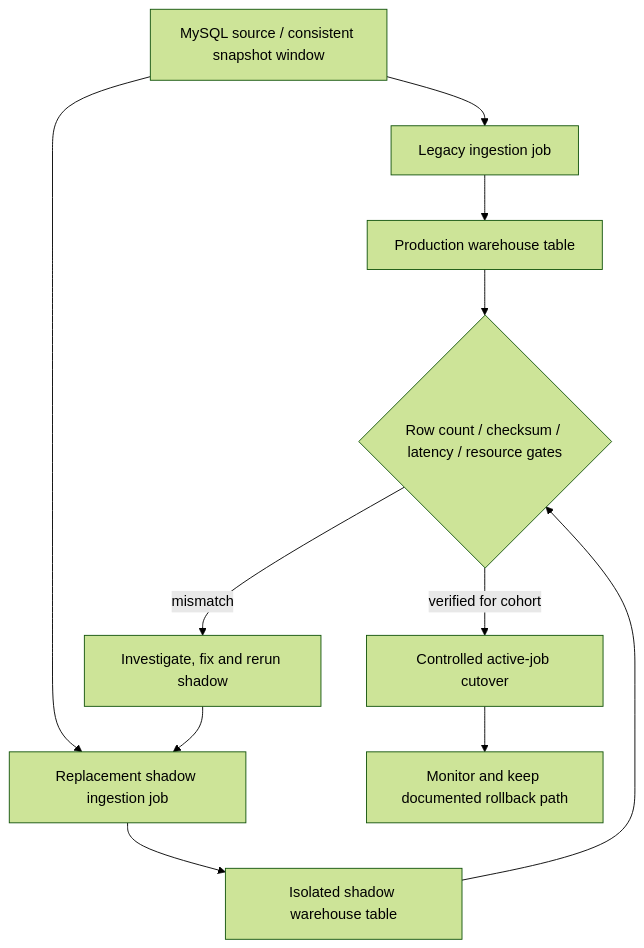
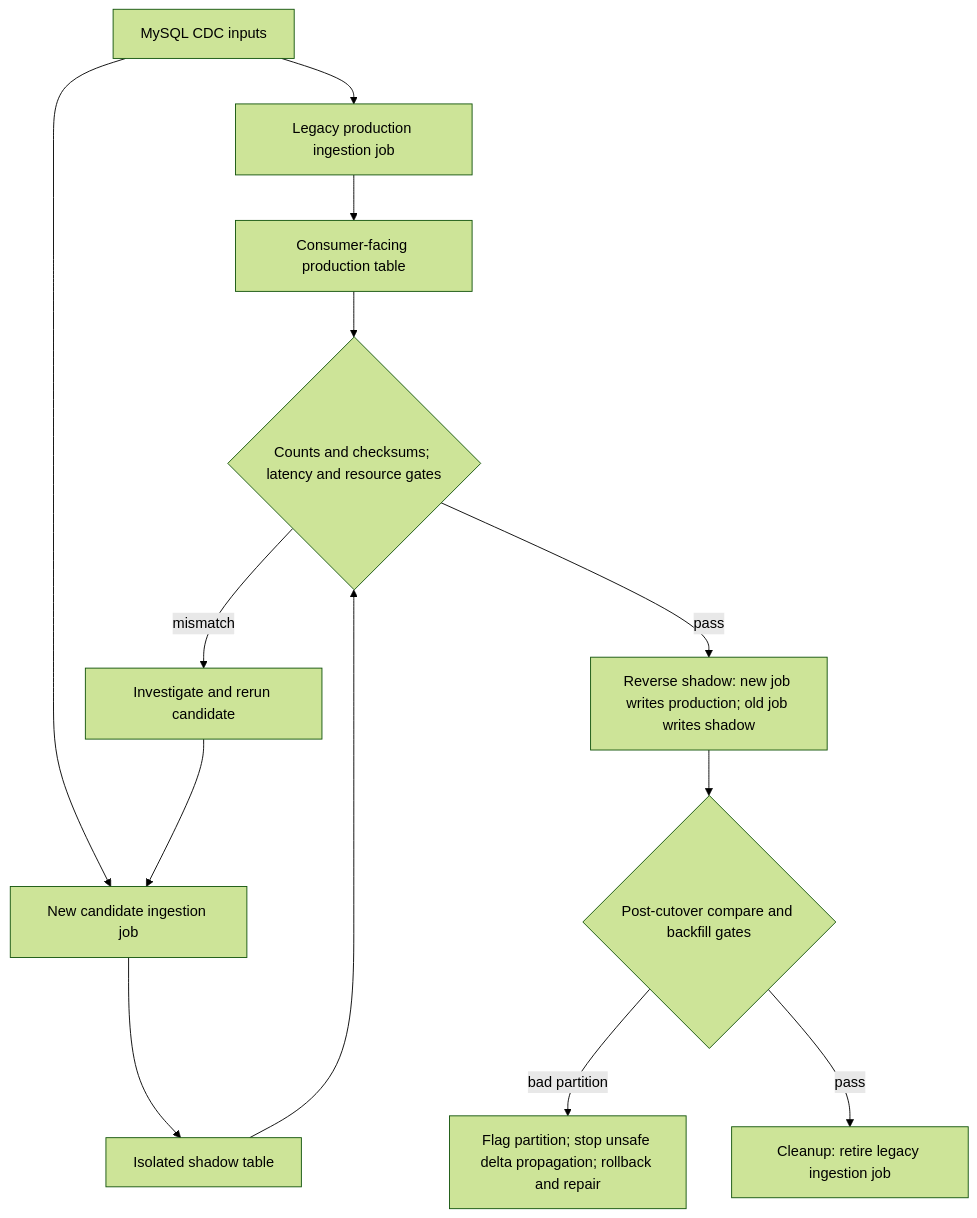
Before and after one commit to rouslanbaranov/tycho: the diagram in book/cases/meta-ingestion-shadow-migration-lifecycle.md, drawn with Mermaid (forest theme). The commit also changed other lines of this file, not shown here.

Commit message:
docs(m9 #121): restore Meta reverse-shadow stage, CDC bad-data containment and capacity gates

````diff
--- a/book/cases/meta-ingestion-shadow-migration-lifecycle.md
+++ b/book/cases/meta-ingestion-shadow-migration-lifecycle.md
@@ -14,13 +14,15 @@
 ```mermaid
 flowchart TD
-  M[MySQL source / consistent snapshot window] --> O[Legacy ingestion job]
-  M --> N[Replacement shadow ingestion job]
-  O --> P[Production warehouse table]
-  N --> Q[Isolated shadow warehouse table]
-  P --> V{Row count / checksum / latency / resource gates}
+  S[MySQL CDC inputs] --> O[Legacy production ingestion job]
+  S --> N[New candidate ingestion job]
+  O --> P[Consumer-facing production table]
+  N --> Q[Isolated shadow table]
+  P --> V{Counts and checksums; latency and resource gates}
   Q --> V
-  V -->|mismatch| F[Investigate, fix and rerun shadow]
+  V -->|mismatch| F[Investigate and rerun candidate]
   F --> N
-  V -->|verified for cohort| C[Controlled active-job cutover]
-  C --> R[Monitor and keep documented rollback path]
+  V -->|pass| R[Reverse shadow: new job writes production; old job writes shadow]
+  R --> C{Post-cutover compare and backfill gates}
+  C -->|bad partition| B[Flag partition; stop unsafe delta propagation; rollback and repair]
+  C -->|pass| K[Cleanup: retire legacy ingestion job]
 ```
````
